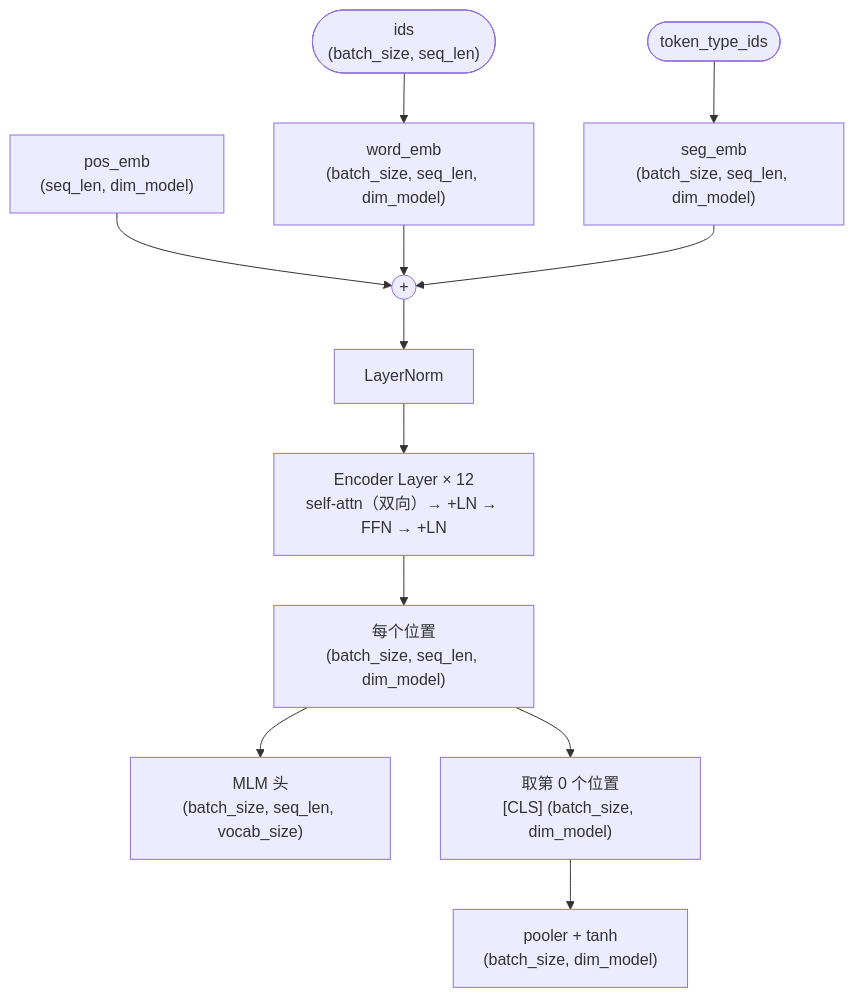
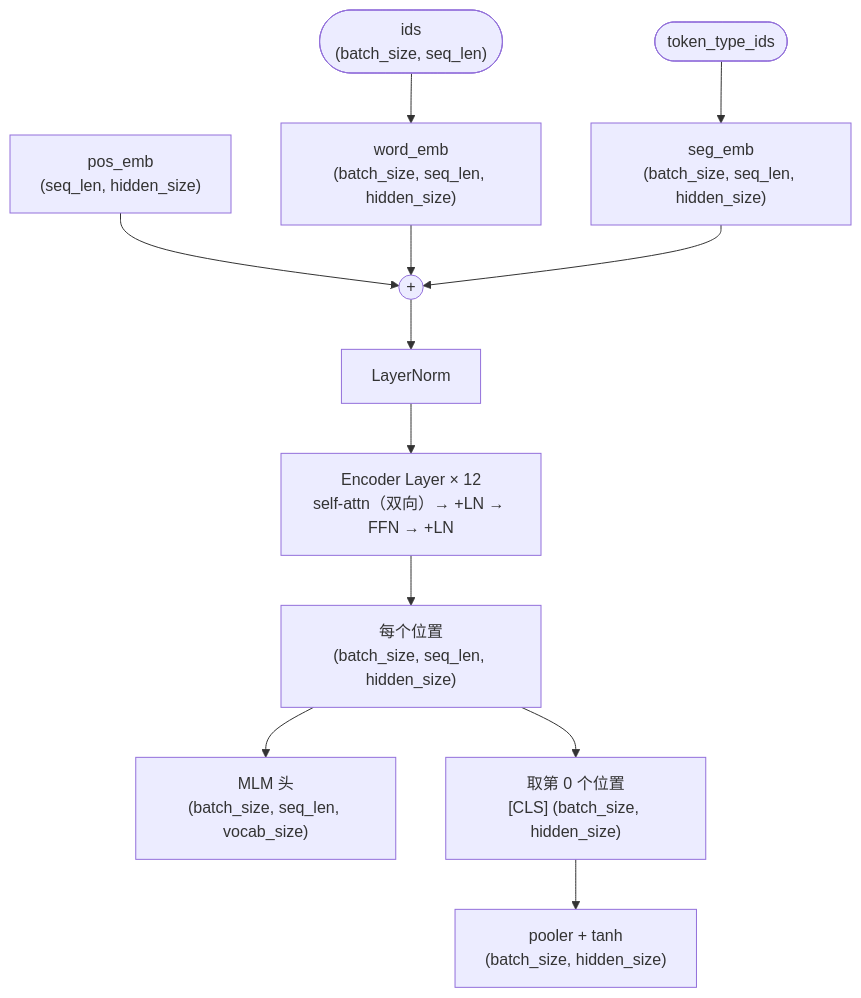
One commit to Zhang-Wen-chao/Deep-Learning-Practice changed the diagram in llm/bert/architecture.md. Above: the diagram before and after it, drawn with Mermaid. The commit also changed other lines of this file and 2 other files, not shown here.

````diff
--- a/llm/bert/architecture.md
+++ b/llm/bert/architecture.md
@@ -53,14 +66,14 @@
 ```mermaid
 flowchart TD
-    ID(["ids<br/>(batch_size, seq_len)"]) --> W["word_emb<br/>(batch_size, seq_len, dim_model)"]
-    TT(["token_type_ids"]) --> S["seg_emb<br/>(batch_size, seq_len, dim_model)"]
-    P["pos_emb<br/>(seq_len, dim_model)"] --> ADD
+    ID(["ids<br/>(batch_size, seq_len)"]) --> W["word_emb<br/>(batch_size, seq_len, hidden_size)"]
+    TT(["token_type_ids"]) --> S["seg_emb<br/>(batch_size, seq_len, hidden_size)"]
+    P["pos_emb<br/>(seq_len, hidden_size)"] --> ADD
     W --> ADD(("+"))
     S --> ADD
     ADD --> LN["LayerNorm"]
     LN --> BLK["Encoder Layer × 12<br/>self-attn（双向）→ +LN → FFN → +LN"]
-    BLK --> H["每个位置<br/>(batch_size, seq_len, dim_model)"]
+    BLK --> H["每个位置<br/>(batch_size, seq_len, hidden_size)"]
     H --> MLM["MLM 头<br/>(batch_size, seq_len, vocab_size)"]
-    H --> C["取第 0 个位置<br/>[CLS] (batch_size, dim_model)"]
-    C --> POOL["pooler + tanh<br/>(batch_size, dim_model)"]
+    H --> C["取第 0 个位置<br/>[CLS] (batch_size, hidden_size)"]
+    C --> POOL["pooler + tanh<br/>(batch_size, hidden_size)"]
 ```
````
